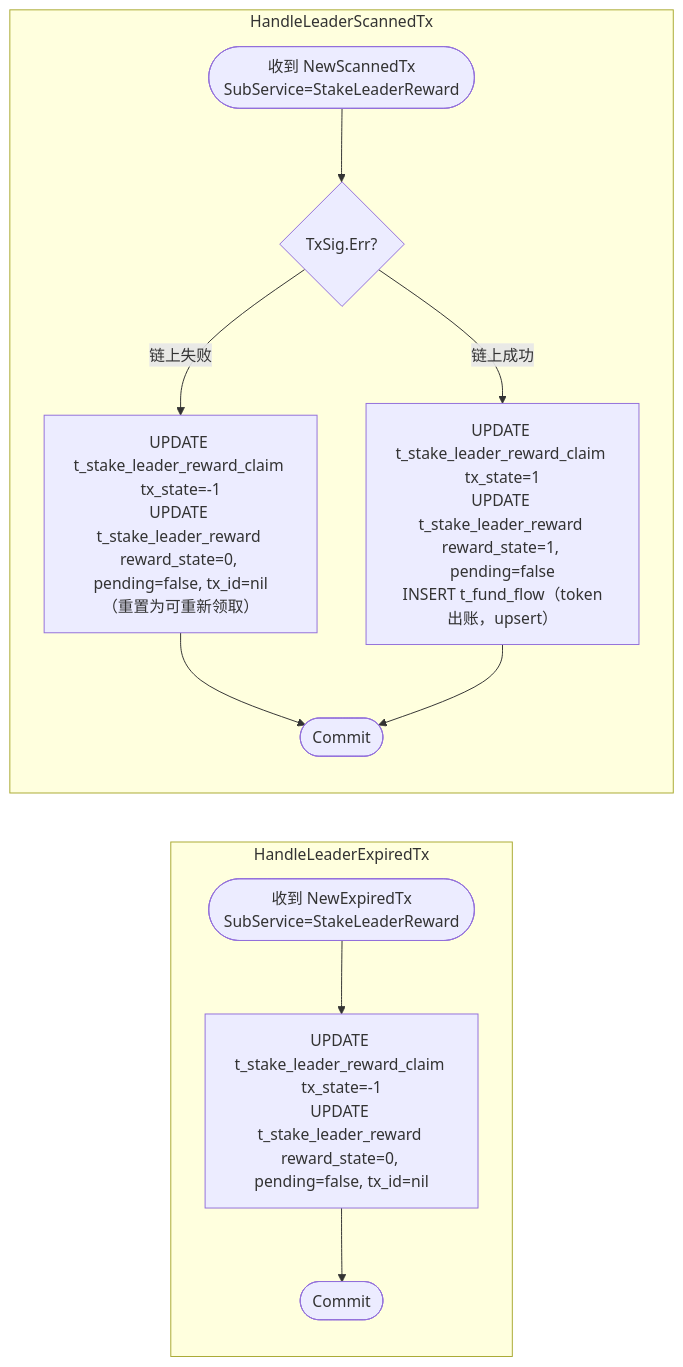
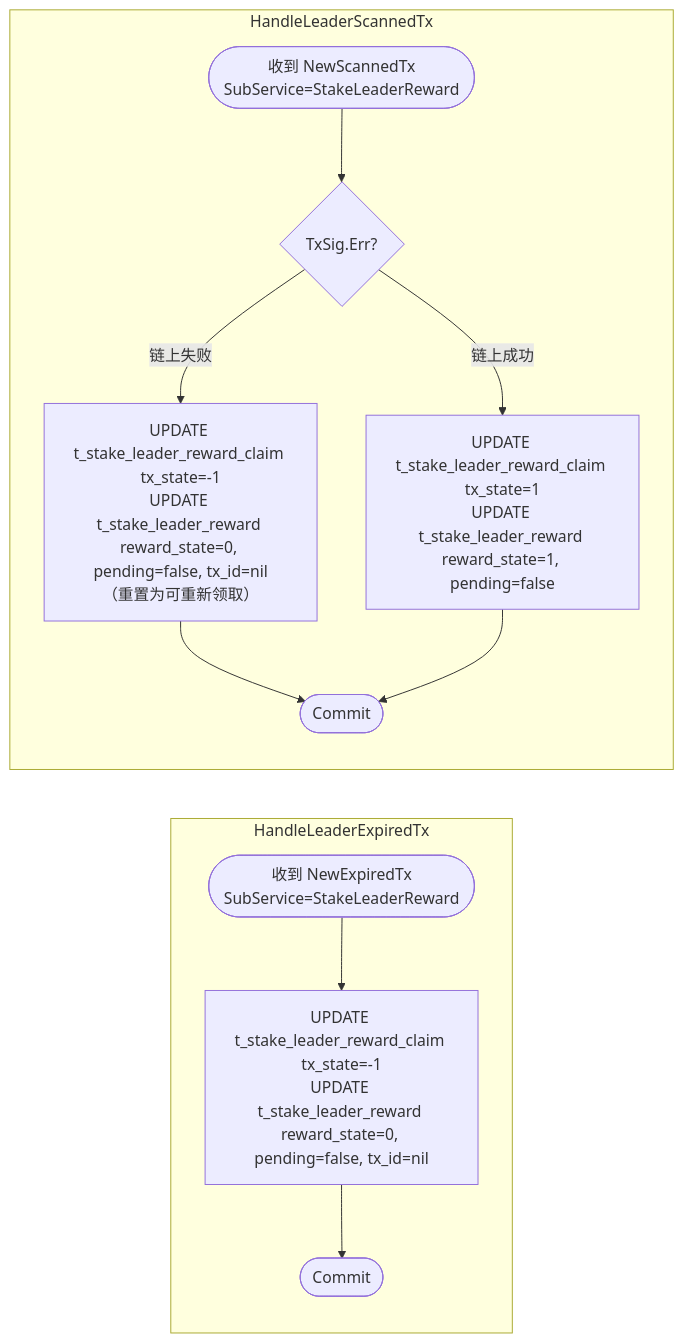
The seventh of 7 diagrams in docs/v1/pos_stake_leader.md (BillInUK/oshit-go), drawn with Mermaid before and after one commit. The commit also changed other lines of this file and 20 other files, not shown here.

````diff
--- a/docs/v1/pos_stake_leader.md
+++ b/docs/v1/pos_stake_leader.md
@@ -314,19 +313,19 @@
 ```mermaid
 flowchart TD
     subgraph S["HandleLeaderScannedTx"]
         direction TD
         A([收到 NewScannedTx\nSubService=StakeLeaderReward]) --> B{TxSig.Err?}
         B -- 链上失败 --> C["UPDATE t_stake_leader_reward_claim tx_state=-1\nUPDATE t_stake_leader_reward reward_state=0, pending=false, tx_id=nil\n（重置为可重新领取）"]
-        B -- 链上成功 --> D["UPDATE t_stake_leader_reward_claim tx_state=1\nUPDATE t_stake_leader_reward reward_state=1, pending=false\nINSERT t_fund_flow（token出账，upsert）"]
+        B -- 链上成功 --> D["UPDATE t_stake_leader_reward_claim tx_state=1\nUPDATE t_stake_leader_reward reward_state=1, pending=false"]
         C --> E([Commit])
         D --> E
     end
 
     subgraph E2["HandleLeaderExpiredTx"]
         direction TD
         A2([收到 NewExpiredTx\nSubService=StakeLeaderReward]) --> B2["UPDATE t_stake_leader_reward_claim tx_state=-1\nUPDATE t_stake_leader_reward reward_state=0, pending=false, tx_id=nil"]
         B2 --> C2([Commit])
     end
 
     S ~~~ E2
 ```
````
